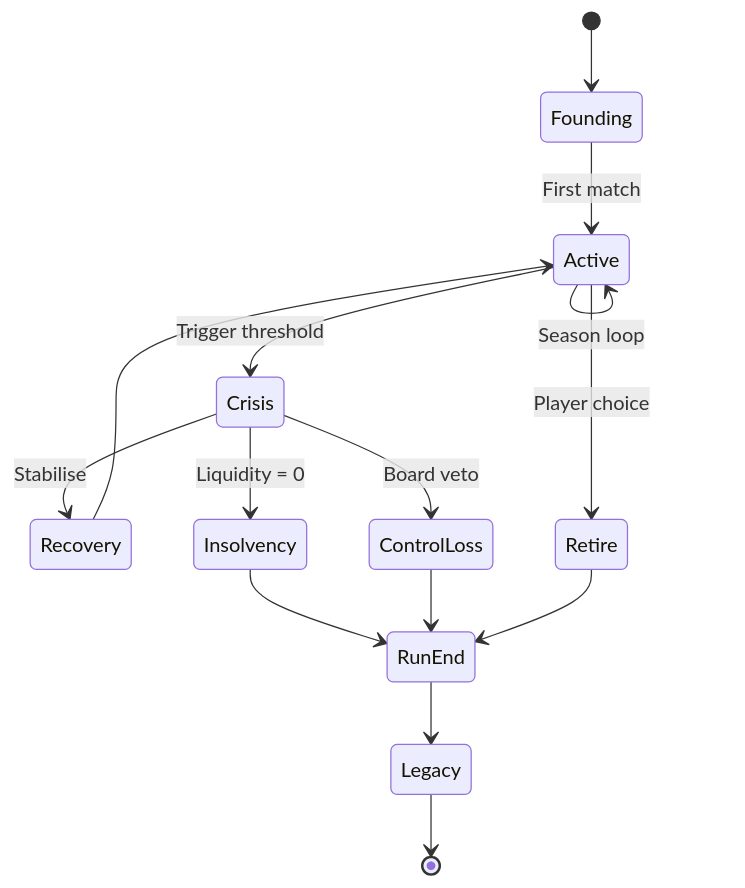
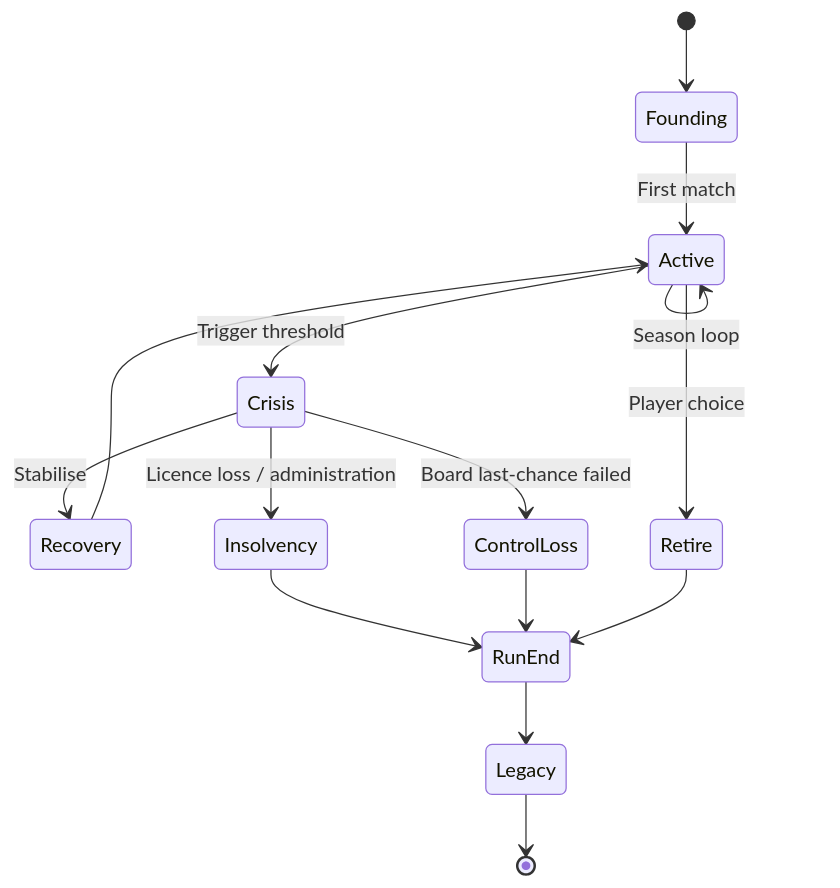
One commit to EtroxTaran/klubhaus-elf changed the diagram in docs/50-Game-Design/mode-create-a-club-roguelite.md. Above: the diagram before and after it, drawn with Mermaid. The commit also changed other lines of this file and 16 other files, not shown here.

````diff
--- a/docs/50-Game-Design/mode-create-a-club-roguelite.md
+++ b/docs/50-Game-Design/mode-create-a-club-roguelite.md
@@ -65,17 +67,17 @@
 ```mermaid
 stateDiagram-v2
     [*] --> Founding
     Founding --> Active: First match
     Active --> Active: Season loop
     Active --> Crisis: Trigger threshold
     Crisis --> Recovery: Stabilise
-    Crisis --> Insolvency: Liquidity = 0
-    Crisis --> ControlLoss: Board veto
+    Crisis --> Insolvency: Licence loss / administration
+    Crisis --> ControlLoss: Board last-chance failed
     Recovery --> Active
     Active --> Retire: Player choice
     Insolvency --> RunEnd
     ControlLoss --> RunEnd
     Retire --> RunEnd
     RunEnd --> Legacy
     Legacy --> [*]
 ```
````
